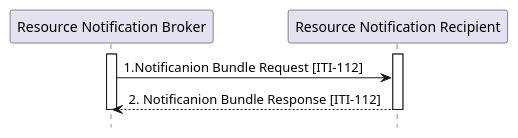
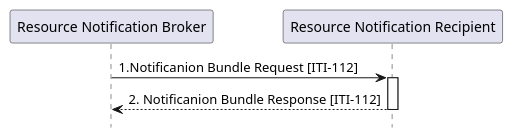
One commit to IHE/ITI.DSUBm changed the diagram in input/images-source/ITI-112-Notification-seq.plantuml. Above: the diagram before and after it, drawn with PlantUML. The commit also changed 6 other files, not shown here.

```diff
--- a/input/images-source/ITI-112-Notification-seq.plantuml
+++ b/input/images-source/ITI-112-Notification-seq.plantuml
@@ -1,14 +1,13 @@
 @startuml
 hide footbox
 
 participant "Resource Notification Broker" as  Broker
 participant "Resource Notification Recipient" as  Recipient
 
-activate Broker
+
+Broker -> Recipient : 1.Notificanion Bundle Request [ITI-112]
 activate Recipient
-Broker -> Recipient : 1.Notificanion Bundle Request [ITI-112]
 Recipient --> Broker : 2. Notificanion Bundle Response [ITI-112]
 deactivate Recipient
-deactivate Broker
 
 @enduml
```
